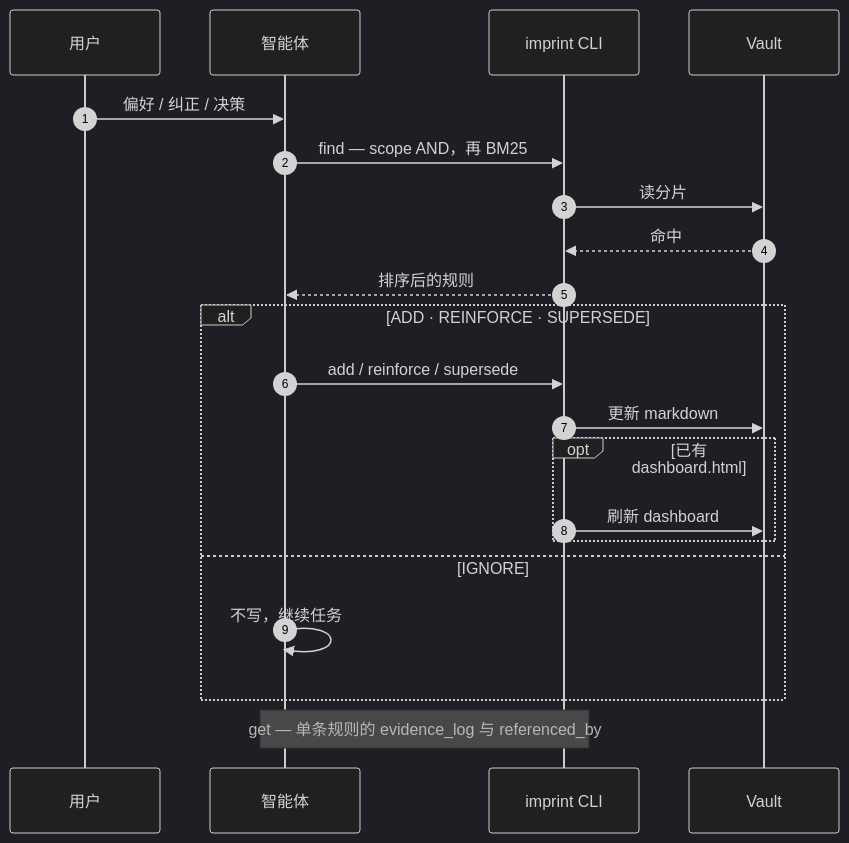
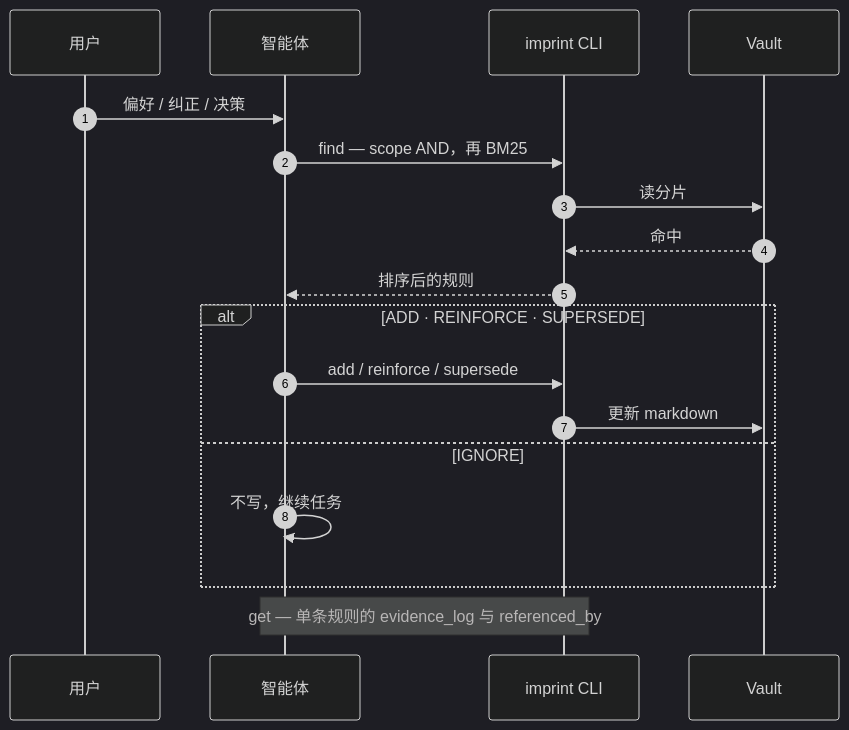
Before and after one commit to SteamedBread2333/imprint: the second of 2 diagrams in README.zh.md, drawn with Mermaid (dark theme). The commit also changed other lines of this file and 28 other files, not shown here.

````diff
--- a/README.zh.md
+++ b/README.zh.md
@@ -71,26 +63,23 @@
 ```mermaid
 sequenceDiagram
   autonumber
   participant U as 用户
   participant A as 智能体
   participant C as imprint CLI
   participant V as Vault
 
   U->>A: 偏好 / 纠正 / 决策
   A->>C: find — scope AND，再 BM25
   C->>V: 读分片
   V-->>C: 命中
   C-->>A: 排序后的规则
 
   alt ADD · REINFORCE · SUPERSEDE
     A->>C: add / reinforce / supersede
     C->>V: 更新 markdown
-    opt 已有 dashboard.html
-      C->>V: 刷新 dashboard
-    end
   else IGNORE
     A->>A: 不写，继续任务
   end
 
   Note over A,C: get — 单条规则的 evidence_log 与 referenced_by
 ```
````
